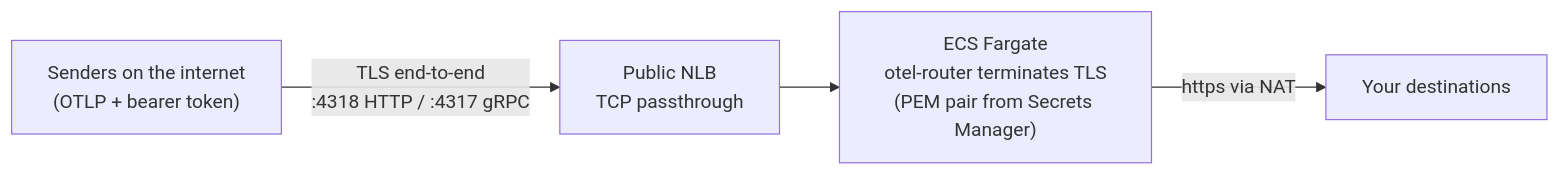
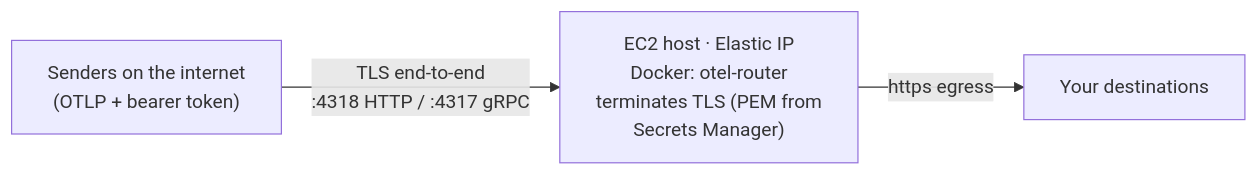
One commit to edmerrett/otel-router changed the second of 2 diagrams in terraform/README.md. Above: the diagram before and after it, drawn with Mermaid. The commit also changed other lines of this file and 22 other files, not shown here.

````diff
--- a/terraform/README.md
+++ b/terraform/README.md
@@ -59,6 +73,5 @@
 ```mermaid
 flowchart LR
-    S["Senders on the internet<br/>(OTLP + bearer token)"] -- "TLS end-to-end<br/>:4318 HTTP / :4317 gRPC" --> N["Public NLB<br/>TCP passthrough"]
-    N --> R["ECS Fargate<br/>otel-router terminates TLS<br/>(PEM pair from Secrets Manager)"]
-    R -- "https via NAT" --> D["Your destinations"]
+    S["Senders on the internet<br/>(OTLP + bearer token)"] -- "TLS end-to-end<br/>:4318 HTTP / :4317 gRPC" --> E["EC2 host · Elastic IP<br/>Docker: otel-router<br/>terminates TLS (PEM from<br/>Secrets Manager)"]
+    E -- "https egress" --> D["Your destinations"]
 ```
````
